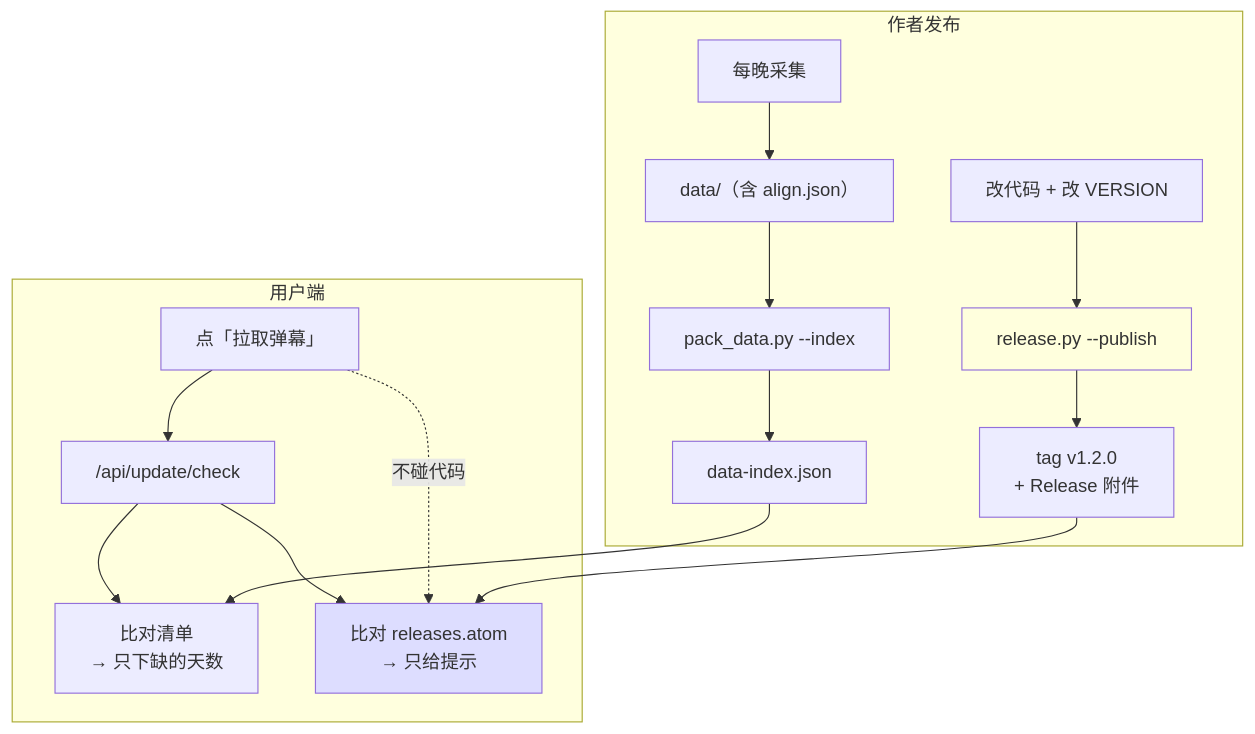
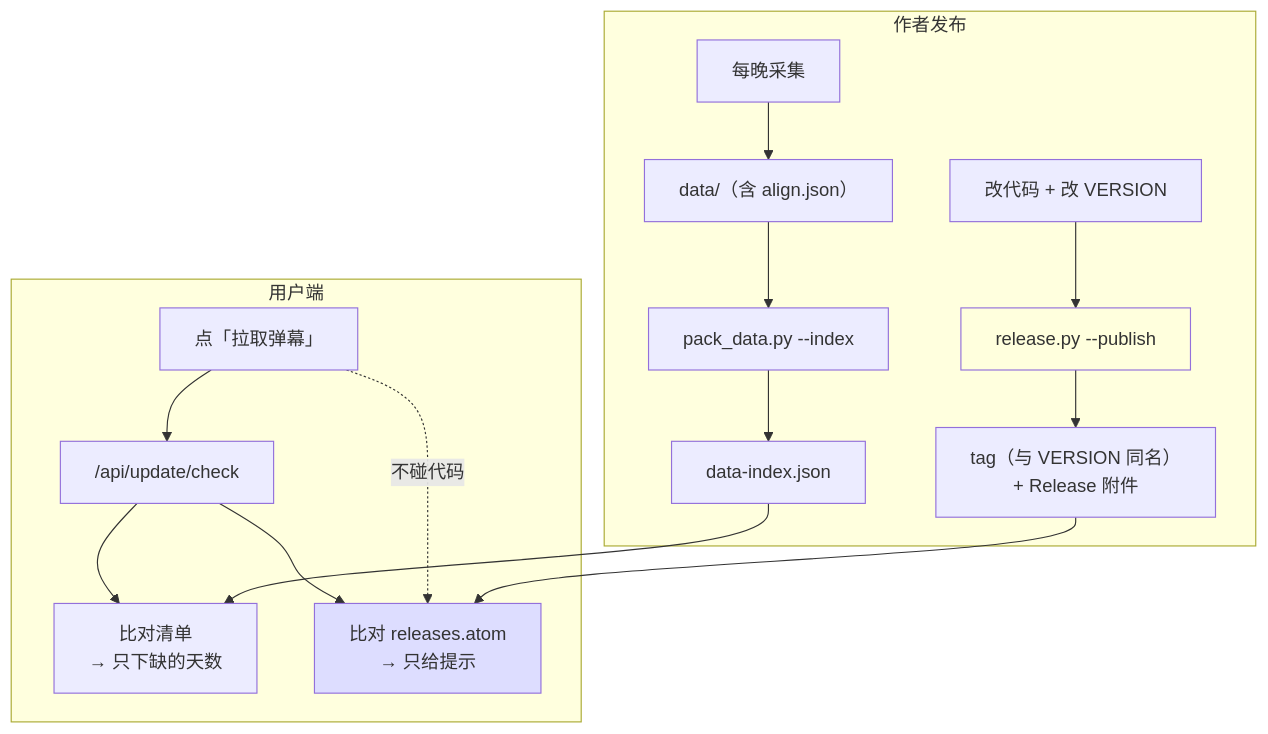
The second of 3 diagrams in 架构总览.md (root9701/danmaku-timewarp), drawn with Mermaid before and after one commit. The commit also changed other lines of this file and 7 other files, not shown here.

````diff
--- a/架构总览.md
+++ b/架构总览.md
@@ -70,20 +70,20 @@
 ```mermaid
 flowchart TB
     subgraph 作者["作者发布"]
         A1["每晚采集"] --> A2["data/（含 align.json）"]
         A2 --> A3["pack_data.py --index"]
         A3 --> A4["data-index.json"]
         A5["改代码 + 改 VERSION"] --> A6["release.py --publish"]
-        A6 --> A7["tag v1.2.0<br/>+ Release 附件"]
+        A6 --> A7["tag（与 VERSION 同名）<br/>+ Release 附件"]
     end
     subgraph 用户["用户端"]
         B1["点「拉取弹幕」"] --> B2["/api/update/check"]
         B2 --> B3["比对清单<br/>→ 只下缺的天数"]
         B2 --> B4["比对 releases.atom<br/>→ 只给提示"]
         B1 -.不碰代码.-> B4
     end
     A4 --> B3
     A7 --> B4
     style A6 fill:#ffd
     style B4 fill:#ddf
 ```
````
